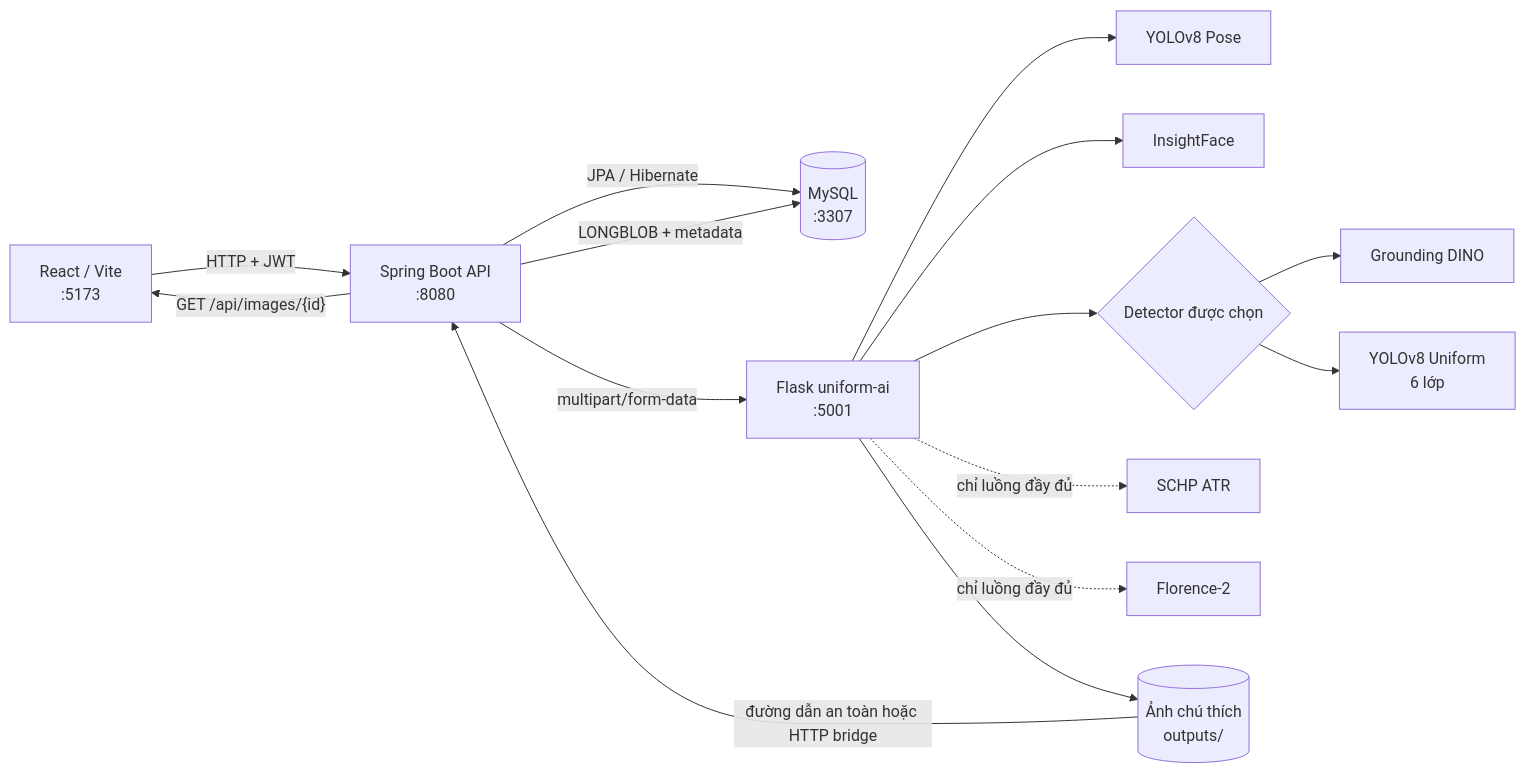
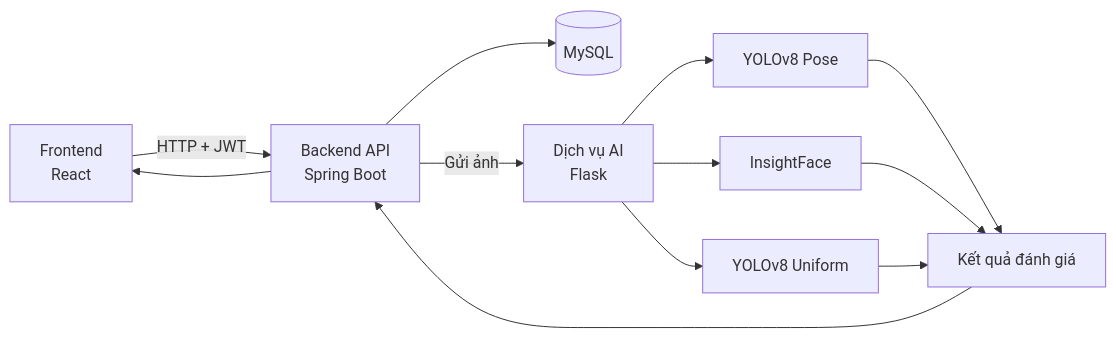
The diagram in README.md (PhuKND/ai-uniform-compliance-system), drawn with Mermaid before and after one commit. The commit also changed other lines of this file and 3 other files, not shown here.

````diff
--- a/README.md
+++ b/README.md
@@ -49,19 +104,17 @@
 ```mermaid
 flowchart LR
-    Browser["React / Vite<br/>:5173"] -->|"HTTP + JWT"| Backend["Spring Boot API<br/>:8080"]
-    Backend -->|"JPA / Hibernate"| Database[("MySQL<br/>:3307")]
-    Backend -->|"multipart/form-data"| AI["Flask uniform-ai<br/>:5001"]
+    Browser["Frontend<br/>React"] -->|"HTTP + JWT"| Backend["Backend API<br/>Spring Boot"]
+    Backend --> Database[("MySQL")]
+    Backend -->|"Gửi ảnh"| AI["Dịch vụ AI<br/>Flask"]
 
     AI --> Pose["YOLOv8 Pose"]
     AI --> Face["InsightFace"]
-    AI --> Detector{"Detector được chọn"}
-    Detector --> Grounding["Grounding DINO"]
-    Detector --> Yolo["YOLOv8 Uniform<br/>6 lớp"]
-    AI -. "chỉ luồng đầy đủ" .-> SCHP["SCHP ATR"]
-    AI -. "chỉ luồng đầy đủ" .-> Florence["Florence-2"]
+    AI --> Uniform["YOLOv8 Uniform"]
 
-    AI --> Output[("Ảnh chú thích<br/>outputs/")]
-    Output -->|"đường dẫn an toàn hoặc HTTP bridge"| Backend
-    Backend -->|"LONGBLOB + metadata"| Database
-    Backend -->|"GET /api/images/{id}"| Browser
+    Pose --> Result["Kết quả đánh giá"]
+    Face --> Result
+    Uniform --> Result
+
+    Result --> Backend
+    Backend --> Browser
 ```
````
